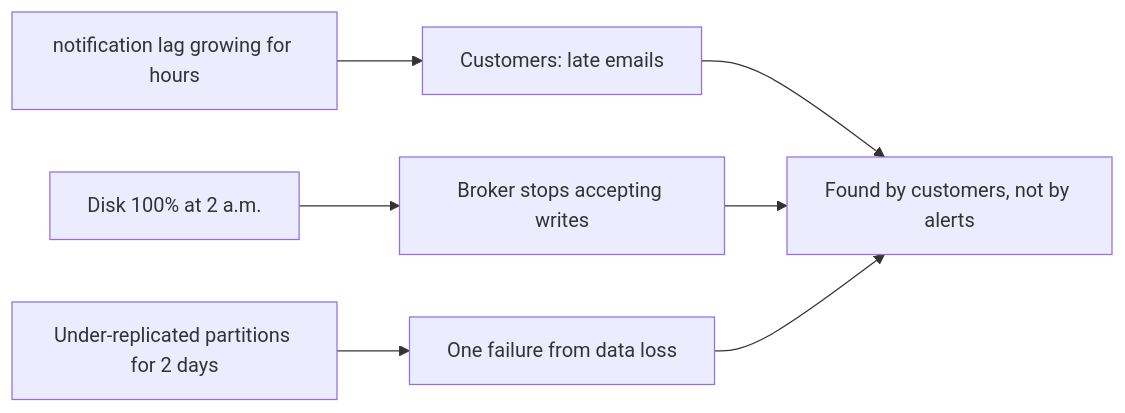
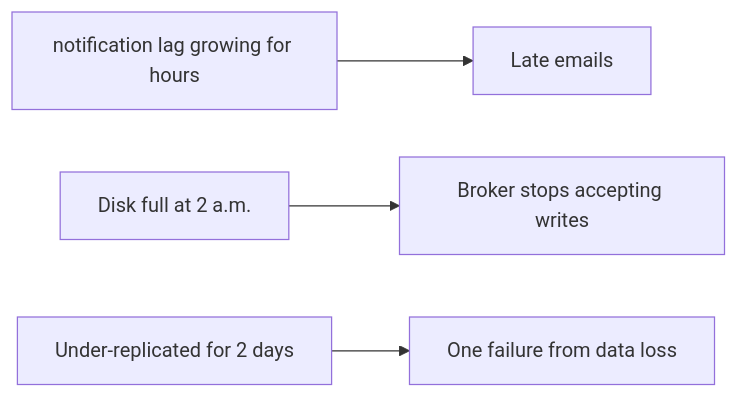
Before and after one commit to jubin-techwiz/learning: the first of 2 diagrams in notes/02-messaging/02-kafka/17-monitoring-lag-capacity.md, drawn with Mermaid. The commit also changed other lines of this file and 37 other files, not shown here.

````diff
--- a/notes/02-messaging/02-kafka/17-monitoring-lag-capacity.md
+++ b/notes/02-messaging/02-kafka/17-monitoring-lag-capacity.md
@@ -26,7 +53,6 @@
 ```mermaid
 flowchart LR
-    L[notification lag growing for hours] --> C1[Customers: late emails]
-    D[Disk 100% at 2 a.m.] --> C2[Broker stops accepting writes]
-    U[Under-replicated partitions for 2 days] --> C3[One failure from data loss]
-    C1 & C2 & C3 --> X[Found by customers, not by alerts]
+    L[notification lag growing for hours] --> C1[Late emails]
+    D[Disk full at 2 a.m.] --> C2[Broker stops accepting writes]
+    U[Under-replicated for 2 days] --> C3[One failure from data loss]
 ```
````
